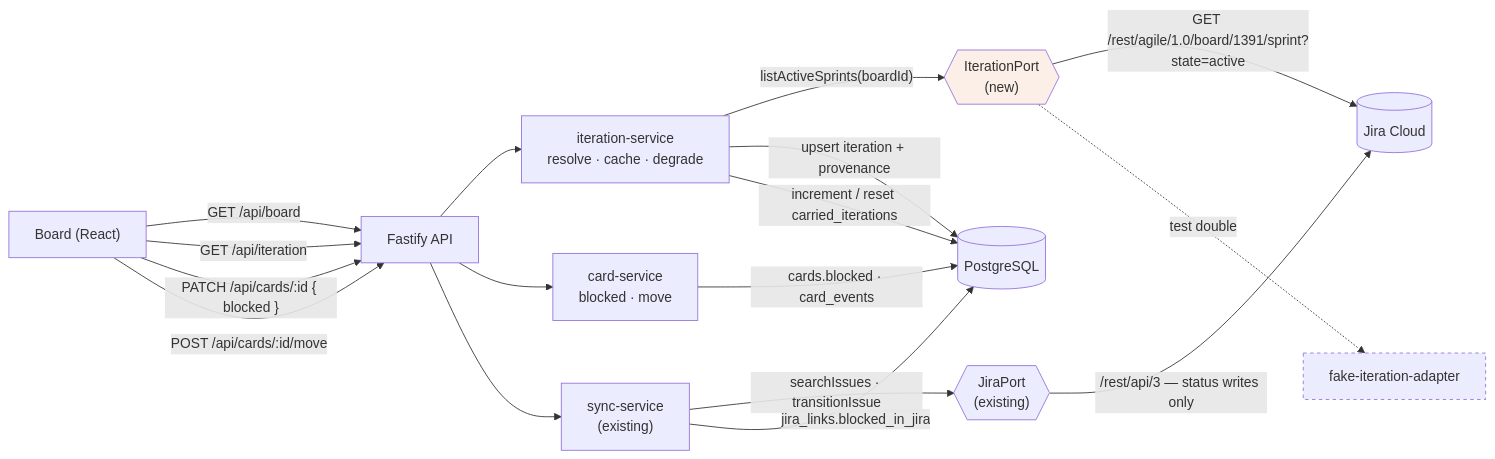
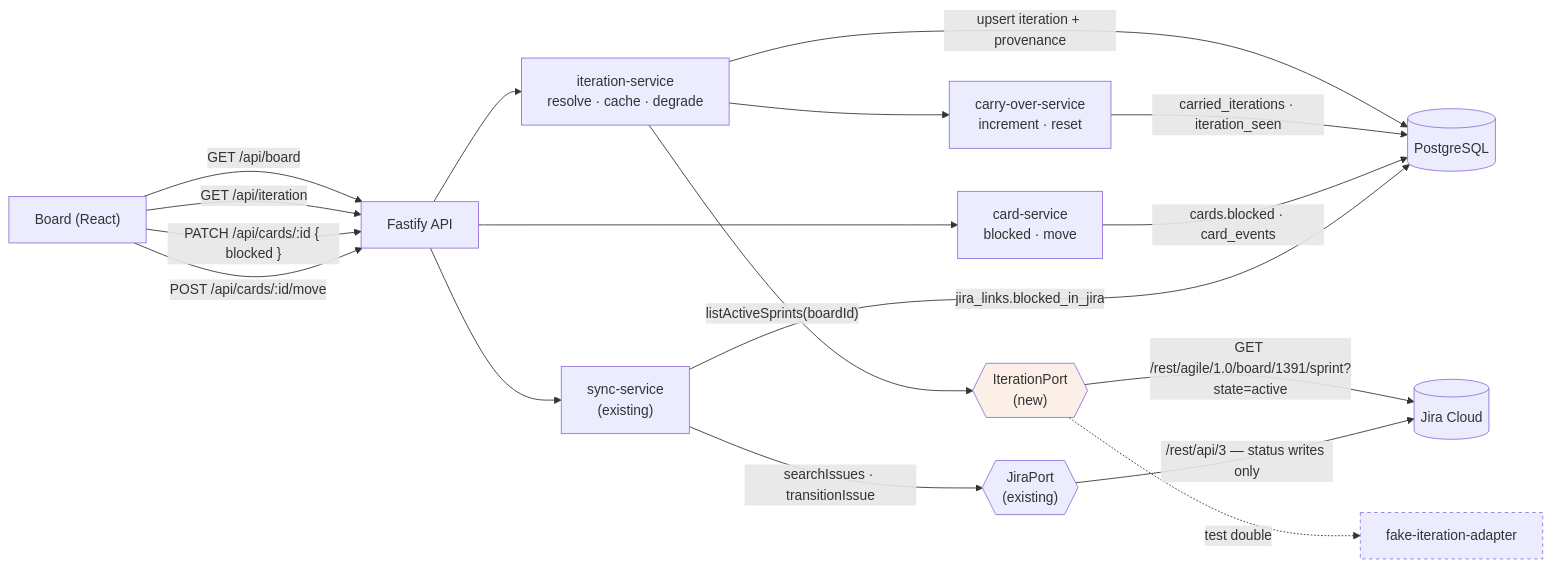
The first of 2 diagrams in specs/005-iteration-and-board-restructure/plan.md (wedelthomas/quickKanban), drawn with Mermaid before and after one commit. The commit also changed other lines of this file and 2 other files, not shown here.

First line of the commit message:
Live verification against real Jira, and correct the diagram

````diff
--- a/specs/005-iteration-and-board-restructure/plan.md
+++ b/specs/005-iteration-and-board-restructure/plan.md
@@ -214,26 +223,27 @@
 ```mermaid
 flowchart LR
   Board["Board (React)"] -->|"GET /api/board"| API["Fastify API"]
   Board -->|"GET /api/iteration"| API
   Board -->|"PATCH /api/cards/:id { blocked }"| API
   Board -->|"POST /api/cards/:id/move"| API
 
   API --> IterSvc["iteration-service<br/>resolve · cache · degrade"]
+  IterSvc --> CarrySvc["carry-over-service<br/>increment · reset"]
   API --> CardSvc["card-service<br/>blocked · move"]
   API --> Sync["sync-service<br/>(existing)"]
 
   IterSvc -->|"listActiveSprints(boardId)"| IterPort{{"IterationPort<br/>(new)"}}
   IterPort -->|"GET /rest/agile/1.0/board/1391/sprint?state=active"| Jira[("Jira Cloud")]
   IterPort -.->|"test double"| FakeIter["fake-iteration-adapter"]
 
   Sync -->|"searchIssues · transitionIssue"| JiraPort{{"JiraPort<br/>(existing)"}}
   JiraPort -->|"/rest/api/3 — status writes only"| Jira
 
   IterSvc -->|"upsert iteration + provenance"| DB[("PostgreSQL")]
-  IterSvc -->|"increment / reset carried_iterations"| DB
+  CarrySvc -->|"carried_iterations · iteration_seen"| DB
   CardSvc -->|"cards.blocked · card_events"| DB
   Sync -->|"jira_links.blocked_in_jira"| DB
 
   style IterPort fill:#e0894b22
   style FakeIter stroke-dasharray: 4 4
 ```
````
